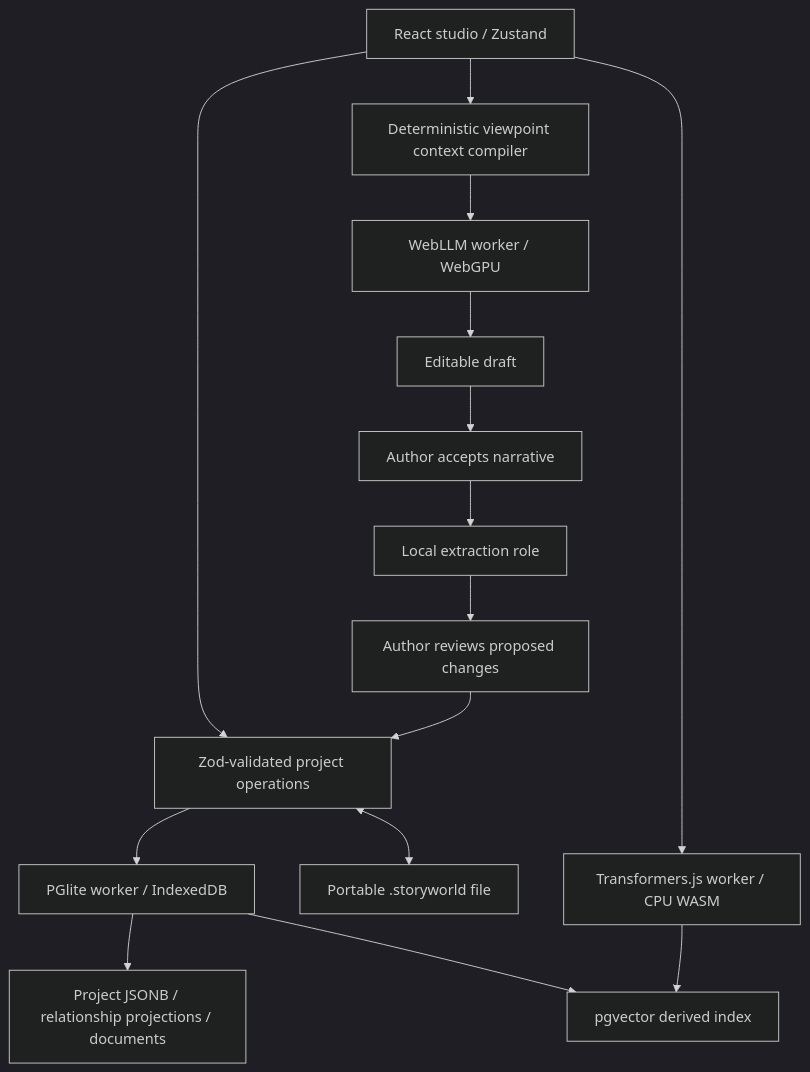
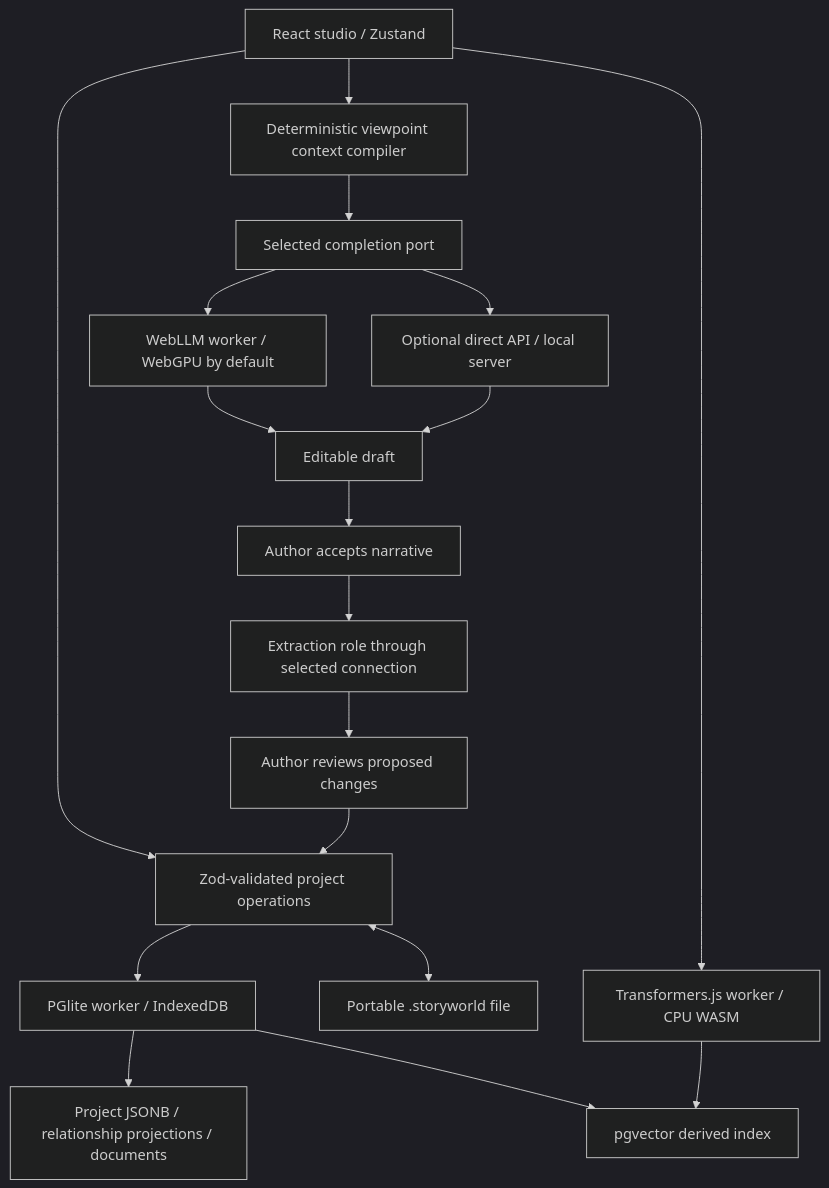
One commit to rainmana/storied changed the diagram in docs/ARCHITECTURE.md. Above: the diagram before and after it, drawn with Mermaid (dark theme). The commit also changed other lines of this file and 37 other files, not shown here.

Commit message:
Document v0.3 optional inference providers and privacy behavior

````diff
--- a/docs/ARCHITECTURE.md
+++ b/docs/ARCHITECTURE.md
@@ -7,17 +7,20 @@
 ```mermaid
 flowchart TD
   UI[React studio / Zustand] --> Domain[Zod-validated project operations]
   Domain --> DB[PGlite worker / IndexedDB]
   DB --> SQL[Project JSONB / relationship projections / documents]
   DB --> Vectors[pgvector derived index]
   UI --> Compiler[Deterministic viewpoint context compiler]
-  Compiler --> LLM[WebLLM worker / WebGPU]
+  Compiler --> Inference[Selected completion port]
+  Inference --> LLM[WebLLM worker / WebGPU by default]
+  Inference --> API[Optional direct API / local server]
   LLM --> Draft[Editable draft]
+  API --> Draft
   Draft --> Accept[Author accepts narrative]
-  Accept --> Extractor[Local extraction role]
+  Accept --> Extractor[Extraction role through selected connection]
   Extractor --> Review[Author reviews proposed changes]
   Review --> Domain
   UI --> Embed[Transformers.js worker / CPU WASM]
   Embed --> Vectors
   Domain <--> File[Portable .storyworld file]
 ```
````
